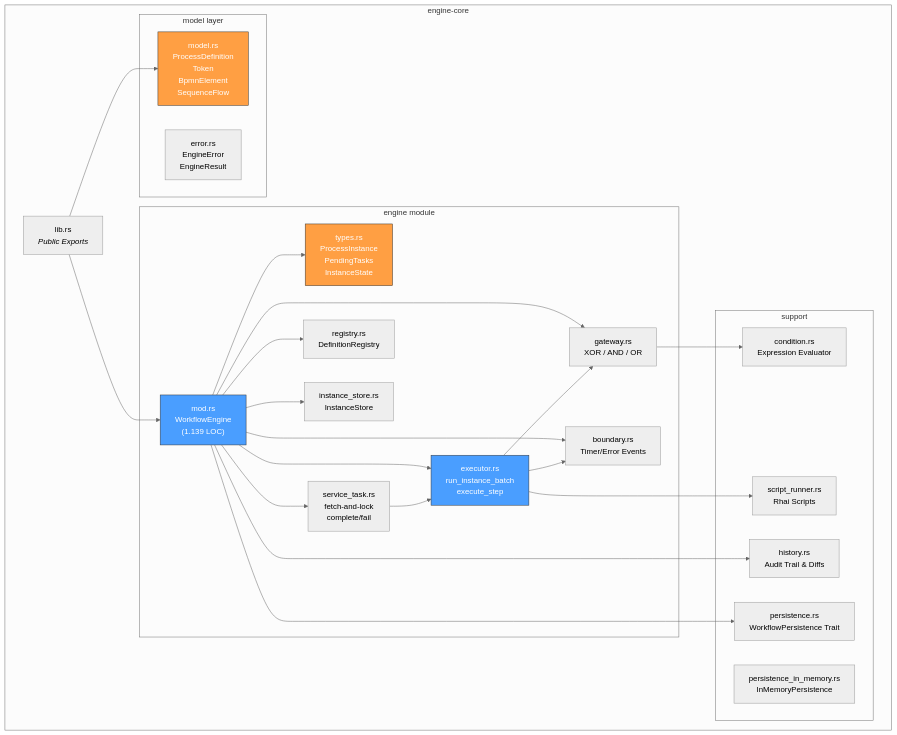
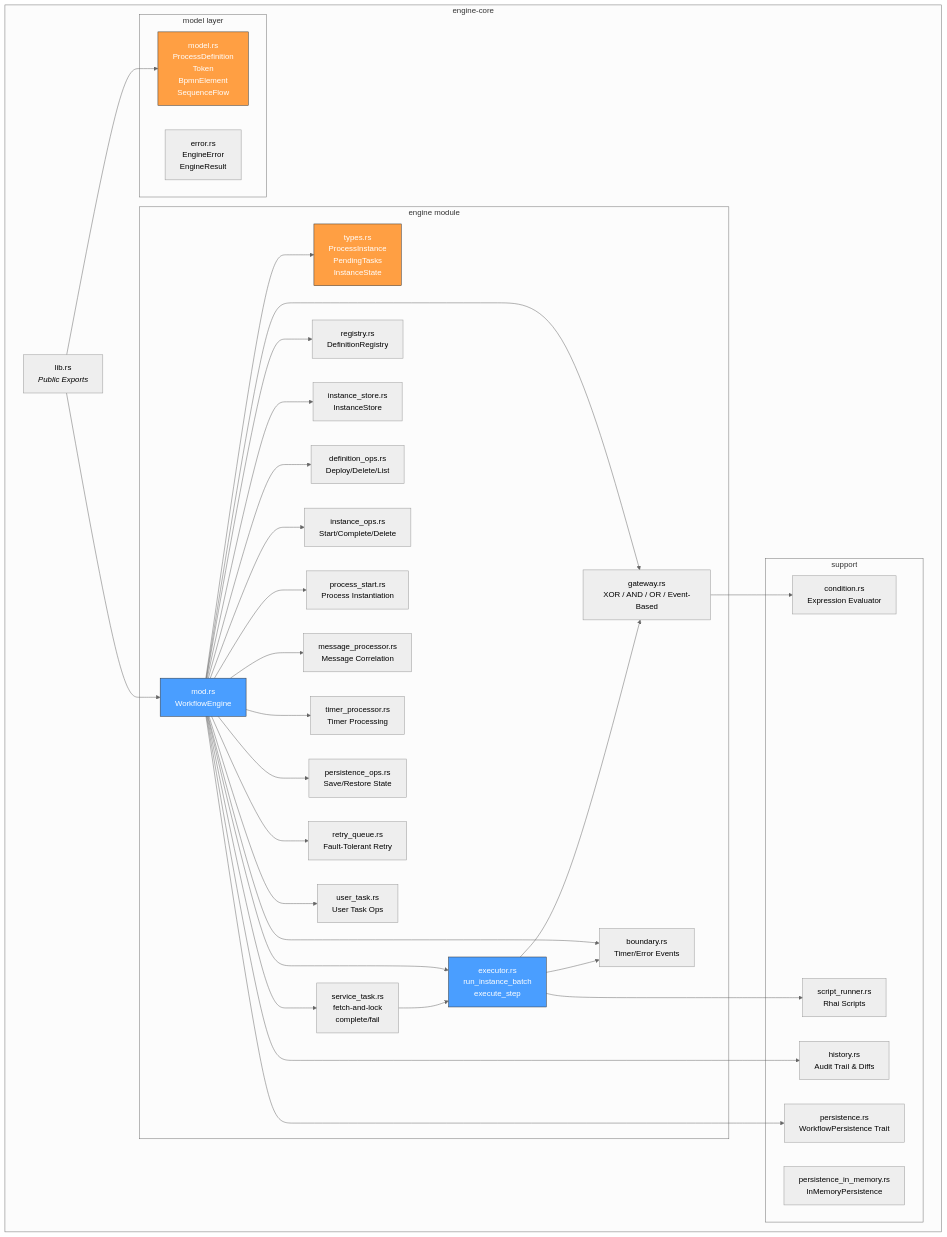
Before and after one commit to maatini/mini-bpm-engine: the second of 8 diagrams in docs/architecture.md, drawn with Mermaid (neutral theme). The commit also changed other lines of this file and 1 other file, not shown here.

Commit message:
feat: implement Event-Based Gateways, Call Activities, and Sub-Processes with expanded API and logging support

````diff
--- a/docs/architecture.md
+++ b/docs/architecture.md
@@ -56,52 +56,68 @@
 ```mermaid
 graph TB
     subgraph "engine-core"
         LIB["lib.rs<br/><i>Public Exports</i>"]
         
         subgraph "model layer"
             MODEL["model.rs<br/>ProcessDefinition<br/>Token<br/>BpmnElement<br/>SequenceFlow"]
             ERROR["error.rs<br/>EngineError<br/>EngineResult"]
         end
         
         subgraph "engine module"
-            MOD["mod.rs<br/>WorkflowEngine<br/>(1.139 LOC)"]
+            MOD["mod.rs<br/>WorkflowEngine"]
             TYPES["types.rs<br/>ProcessInstance<br/>PendingTasks<br/>InstanceState"]
             EXEC["executor.rs<br/>run_instance_batch<br/>execute_step"]
-            GW["gateway.rs<br/>XOR / AND / OR"]
+            GW["gateway.rs<br/>XOR / AND / OR / Event-Based"]
             SVC["service_task.rs<br/>fetch-and-lock<br/>complete/fail"]
             BOUND["boundary.rs<br/>Timer/Error Events"]
             REG["registry.rs<br/>DefinitionRegistry"]
             STORE["instance_store.rs<br/>InstanceStore"]
+            DEFOPS["definition_ops.rs<br/>Deploy/Delete/List"]
+            INSTOPS["instance_ops.rs<br/>Start/Complete/Delete"]
+            PROCSTART["process_start.rs<br/>Process Instantiation"]
+            MSGPROC["message_processor.rs<br/>Message Correlation"]
+            TIMERPROC["timer_processor.rs<br/>Timer Processing"]
+            PERSISTOPS["persistence_ops.rs<br/>Save/Restore State"]
+            RETRY["retry_queue.rs<br/>Fault-Tolerant Retry"]
+            USERTASK["user_task.rs<br/>User Task Ops"]
         end
         
         subgraph "support"
             COND["condition.rs<br/>Expression Evaluator"]
             SCRIPT["script_runner.rs<br/>Rhai Scripts"]
             HIST["history.rs<br/>Audit Trail & Diffs"]
             PERSIST["persistence.rs<br/>WorkflowPersistence Trait"]
             INMEM["persistence_in_memory.rs<br/>InMemoryPersistence"]
         end
     end
     
     LIB --> MODEL
     LIB --> MOD
     MOD --> TYPES
     MOD --> EXEC
     MOD --> GW
     MOD --> SVC
     MOD --> BOUND
     MOD --> REG
     MOD --> STORE
+    MOD --> DEFOPS
+    MOD --> INSTOPS
+    MOD --> PROCSTART
+    MOD --> MSGPROC
+    MOD --> TIMERPROC
+    MOD --> PERSISTOPS
+    MOD --> RETRY
+    MOD --> USERTASK
     EXEC --> GW
     EXEC --> BOUND
     EXEC --> SCRIPT
     GW --> COND
     SVC --> EXEC
     MOD --> HIST
     MOD --> PERSIST
 
     style MOD fill:#4a9eff,stroke:#333,color:#fff
     style EXEC fill:#4a9eff,stroke:#333,color:#fff
     style MODEL fill:#ff9f43,stroke:#333,color:#fff
     style TYPES fill:#ff9f43,stroke:#333,color:#fff
 ```
````
